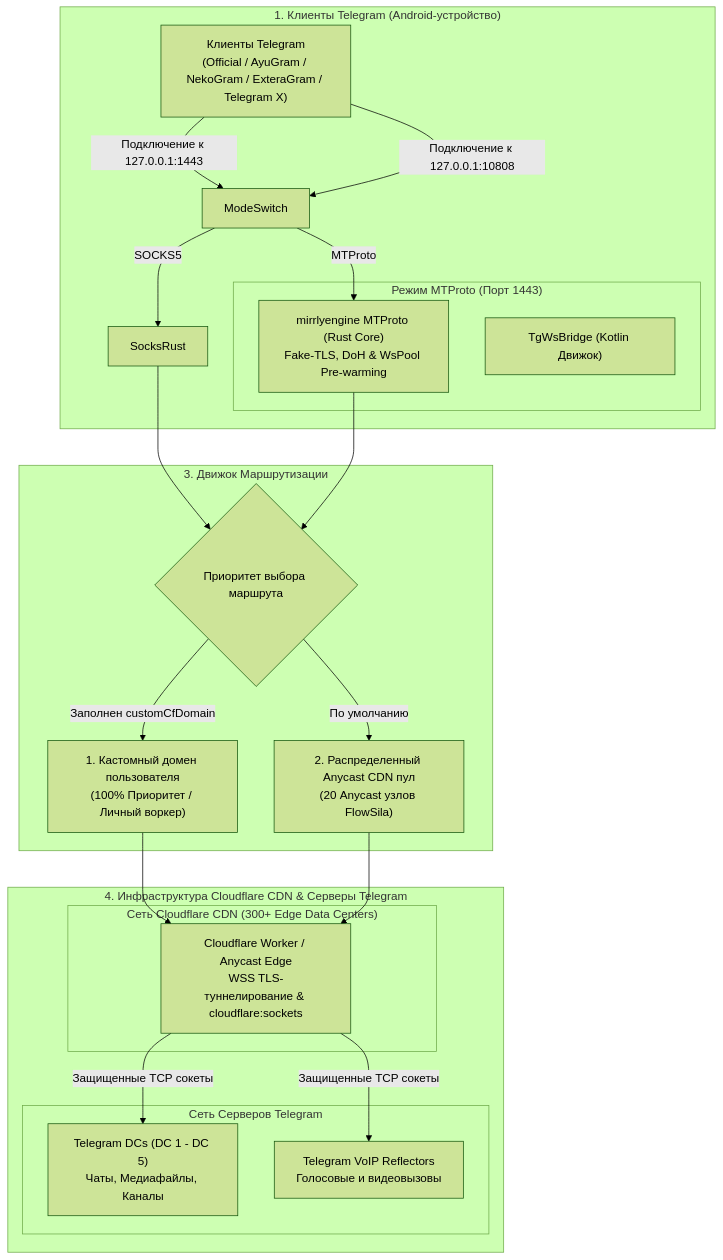
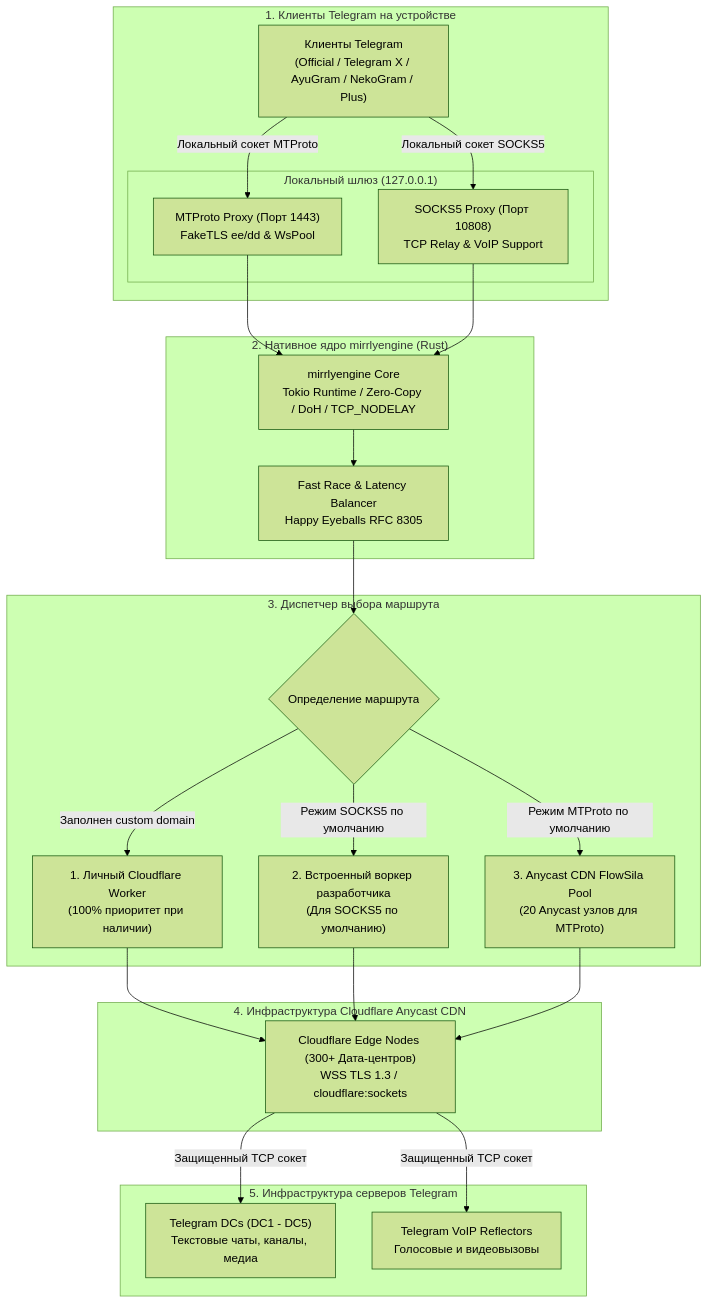
The diagram in README.md (joycecurcirt539-dot/Mirrly-TG-Proxy), drawn with Mermaid (forest theme) before and after one commit. The commit also changed other lines of this file and 2 other files, not shown here.

````diff
--- a/README.md
+++ b/README.md
@@ -143,46 +203,51 @@
 ```mermaid
 flowchart TD
-    subgraph ClientLayer ["1. Клиенты Telegram (Android-устройство)"]
-        TGApp["Клиенты Telegram<br/>(Official / AyuGram / NekoGram / ExteraGram / Telegram X)"]
-
-        subgraph MtprotoBox ["Режим MTProto (Порт 1443)"]
-            MtprotoRust["mirrlyengine MTProto (Rust Core)<br/>Fake-TLS, DoH & WsPool Pre-warming"]
-            MtprotoKotlin["TgWsBridge (Kotlin Движок)"]
+    subgraph ClientLayer ["1. Клиенты Telegram на устройстве"]
+        TGApp["Клиенты Telegram<br/>(Official / Telegram X / AyuGram / NekoGram / Plus)"]
+        
+        subgraph LocalProxy ["Локальный шлюз (127.0.0.1)"]
+            MtprotoGate["MTProto Proxy (Порт 1443)<br/>FakeTLS ee/dd & WsPool"]
+            SocksGate["SOCKS5 Proxy (Порт 10808)<br/>TCP Relay & VoIP Support"]
         end
-
-        ModeSwitch -->|SOCKS5| SocksRust
-        ModeSwitch -->|MTProto| MtprotoRust
+        
+        TGApp -->|Локальный сокет MTProto| MtprotoGate
+        TGApp -->|Локальный сокет SOCKS5| SocksGate
     end
 
-    subgraph ResolverLayer ["3. Движок Маршрутизации"]
-        WorkerResolver{"Приоритет выбора маршрута"}
-        UserWorker["1. Кастомный домен пользователя<br/>(100% Приоритет / Личный воркер)"]
-        FlowsilaPool["2. Распределенный Anycast CDN пул<br/>(20 Anycast узлов FlowSila)"]
-
-        WorkerResolver -->|Заполнен customCfDomain| UserWorker
-        WorkerResolver -->|По умолчанию| FlowsilaPool
+    subgraph NativeEngine ["2. Нативное ядро mirrlyengine (Rust)"]
+        RustCore["mirrlyengine Core<br/>Tokio Runtime / Zero-Copy / DoH / TCP_NODELAY"]
+        Balancer["Fast Race & Latency Balancer<br/>Happy Eyeballs RFC 8305"]
+        
+        MtprotoGate --> RustCore
+        SocksGate --> RustCore
+        RustCore --> Balancer
     end
 
-    subgraph InfrastructureLayer ["4. Инфраструктура Cloudflare CDN & Серверы Telegram"]
-        subgraph CFEdge ["Сеть Cloudflare CDN (300+ Edge Data Centers)"]
-            CFWorker["Cloudflare Worker / Anycast Edge<br/>WSS TLS-туннелирование & cloudflare:sockets"]
-        end
-
-        subgraph TelegramInfra ["Сеть Серверов Telegram"]
-            TelegramDC["Telegram DCs (DC 1 - DC 5)<br/>Чаты, Медиафайлы, Каналы"]
-            VoIPNodes["Telegram VoIP Reflectors<br/>Голосовые и видеовызовы"]
-        end
-
-        CFWorker -->|Защищенные TCP сокеты| TelegramDC
-        CFWorker -->|Защищенные TCP сокеты| VoIPNodes
+    subgraph RouterResolver ["3. Диспетчер выбора маршрута"]
+        Resolver{"Определение маршрута"}
+        CustomNode["1. Личный Cloudflare Worker<br/>(100% приоритет при наличии)"]
+        DefaultSocks["2. Встроенный воркер разработчика<br/>(Для SOCKS5 по умолчанию)"]
+        AnycastPool["3. Anycast CDN FlowSila Pool<br/>(20 Anycast узлов для MTProto)"]
+        
+        Balancer --> Resolver
+        Resolver -->|Заполнен custom domain| CustomNode
+        Resolver -->|Режим SOCKS5 по умолчанию| DefaultSocks
+        Resolver -->|Режим MTProto по умолчанию| AnycastPool
     end
 
-    TGApp -->|Подключение к 127.0.0.1:1443| ModeSwitch
-    TGApp -->|Подключение к 127.0.0.1:10808| ModeSwitch
-    
-    SocksRust --> WorkerResolver
-    MtprotoRust --> WorkerResolver
-    
-    UserWorker --> CFWorker
-    FlowsilaPool --> CFWorker
+    subgraph CDNLayer ["4. Инфраструктура Cloudflare Anycast CDN"]
+        CFEdge["Cloudflare Edge Nodes (300+ Дата-центров)<br/>WSS TLS 1.3 / cloudflare:sockets"]
+        
+        CustomNode --> CFEdge
+        DefaultSocks --> CFEdge
+        AnycastPool --> CFEdge
+    end
+
+    subgraph TelegramInfra ["5. Инфраструктура серверов Telegram"]
+        TGDC["Telegram DCs (DC1 - DC5)<br/>Текстовые чаты, каналы, медиа"]
+        TGVoIP["Telegram VoIP Reflectors<br/>Голосовые и видеовызовы"]
+        
+        CFEdge -->|Защищенный TCP сокет| TGDC
+        CFEdge -->|Защищенный TCP сокет| TGVoIP
+    end
 ```
````
